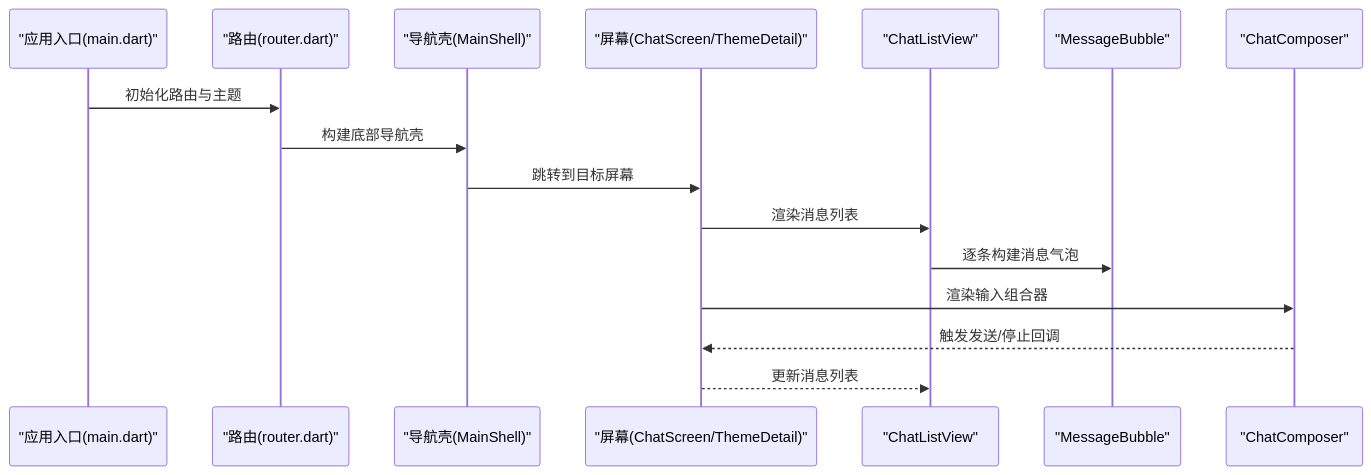
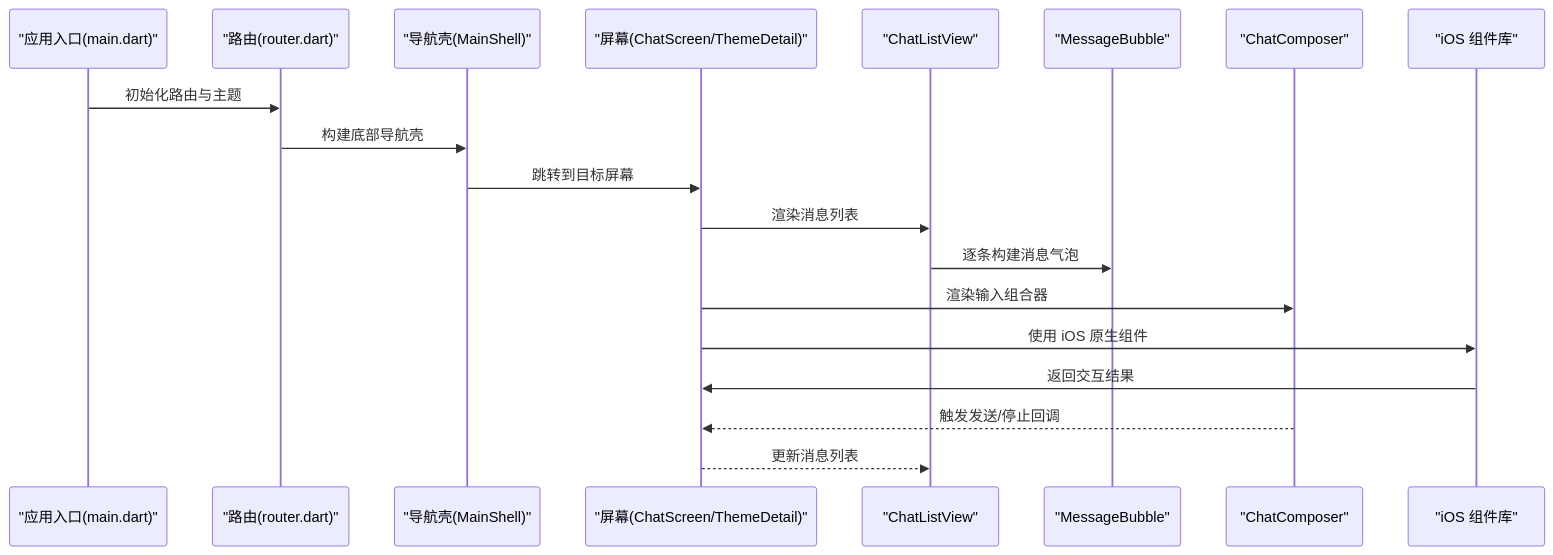
The second of 7 diagrams in .qoder/repowiki/zh/content/UI 组件库/UI 组件库.md (Ykworm/thktree), drawn with Mermaid before and after one commit. The commit also changed other lines of this file and 45 other files, not shown here.

````diff
--- a/.qoder/repowiki/zh/content/UI 组件库/UI 组件库.md
+++ b/.qoder/repowiki/zh/content/UI 组件库/UI 组件库.md
@@ -94,18 +449,21 @@
 ```mermaid
 sequenceDiagram
 participant Entry as "应用入口(main.dart)"
 participant Router as "路由(router.dart)"
 participant Shell as "导航壳(MainShell)"
 participant Screen as "屏幕(ChatScreen/ThemeDetail)"
 participant List as "ChatListView"
 participant Bubble as "MessageBubble"
 participant Composer as "ChatComposer"
+participant iOS as "iOS 组件库"
 Entry->>Router : 初始化路由与主题
 Router->>Shell : 构建底部导航壳
 Shell->>Screen : 跳转到目标屏幕
 Screen->>List : 渲染消息列表
 List->>Bubble : 逐条构建消息气泡
 Screen->>Composer : 渲染输入组合器
+Screen->>iOS : 使用 iOS 原生组件
+iOS->>Screen : 返回交互结果
 Composer-->>Screen : 触发发送/停止回调
 Screen-->>List : 更新消息列表
 ```
````
